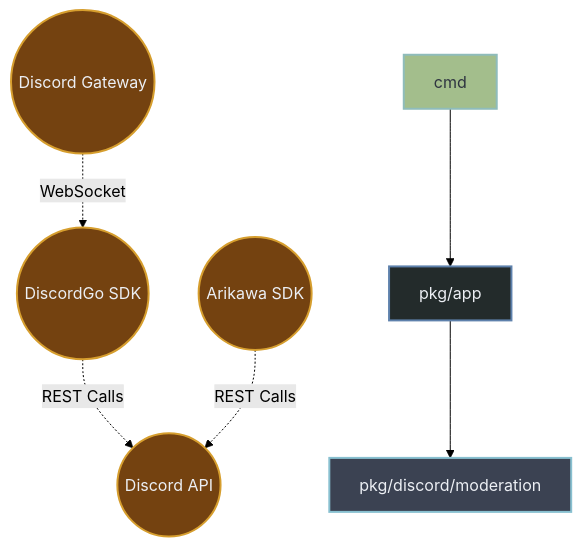
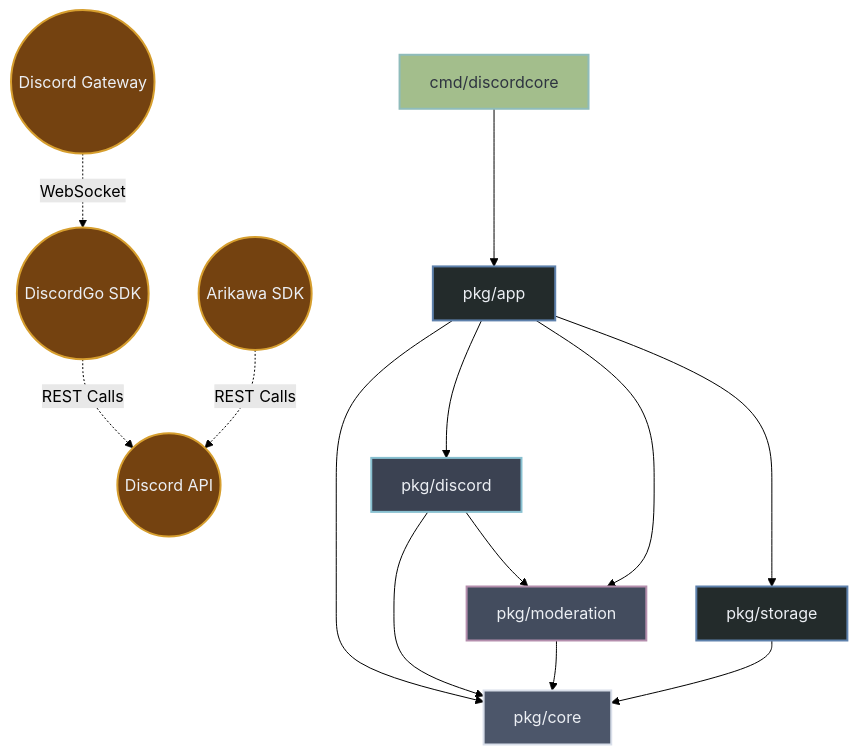
The diagram in ARCHITECTURE.md (small-frappuccino/discordcore), drawn with Mermaid (forest theme) before and after one commit. The commit also changed 59 other files, not shown here.

````diff
--- a/ARCHITECTURE.md
+++ b/ARCHITECTURE.md
@@ -7,37 +7,49 @@
 ```mermaid
 flowchart TD
     %% External APIs & Gateways (Top Level)
     DiscordGateway((Discord Gateway))
     DiscordAPI((Discord API))
 
     %% SDKs
     DiscordGo(("DiscordGo SDK"))
     Arikawa(("Arikawa SDK"))
 
     %% Nodes
-    Cmd["cmd"]
+    CmdDiscordcore["cmd/discordcore"]
     App["pkg/app"]
-    AdapterModeration["pkg/discord/moderation"]
+    Core["pkg/core"]
+    Discord["pkg/discord"]
+    Moderation["pkg/moderation"]
+    Storage["pkg/storage"]
 
     %% SDK & API Flow
     DiscordGateway -. WebSocket .-> DiscordGo
     DiscordGo -. REST Calls .-> DiscordAPI
     Arikawa -. REST Calls .-> DiscordAPI
 
     %% Auto-generated internal dependencies
-    App --> AdapterModeration
-    Cmd --> App
+    App --> Core
+    App --> Discord
+    App --> Moderation
+    App --> Storage
+    CmdDiscordcore --> App
+    Discord --> Core
+    Discord --> Moderation
+    Moderation --> Core
+    Storage --> Core
 
     %% Styling
     classDef core fill:#232B2B,stroke:#5E81AC,stroke-width:2px,color:#ECEFF4;
     classDef adapter fill:#3B4252,stroke:#88C0D0,stroke-width:2px,color:#ECEFF4;
     classDef feature fill:#434C5E,stroke:#B48EAD,stroke-width:2px,color:#ECEFF4;
     classDef infra fill:#4C566A,stroke:#D8DEE9,stroke-width:2px,color:#ECEFF4;
     classDef external fill:#744210,stroke:#D69E2E,stroke-width:2px,color:#ECEFF4,shape:circle;
     classDef ui fill:#A3BE8C,stroke:#8FBCBB,stroke-width:2px,color:#2E3440;
 
-    class App core;
-    class AdapterModeration adapter;
+    class App,Storage core;
+    class Discord adapter;
+    class Moderation feature;
+    class Core infra;
     class DiscordGo,Arikawa,DiscordAPI,DiscordGateway external;
-    class Cmd ui;
+    class CmdDiscordcore ui;
 ```
````
